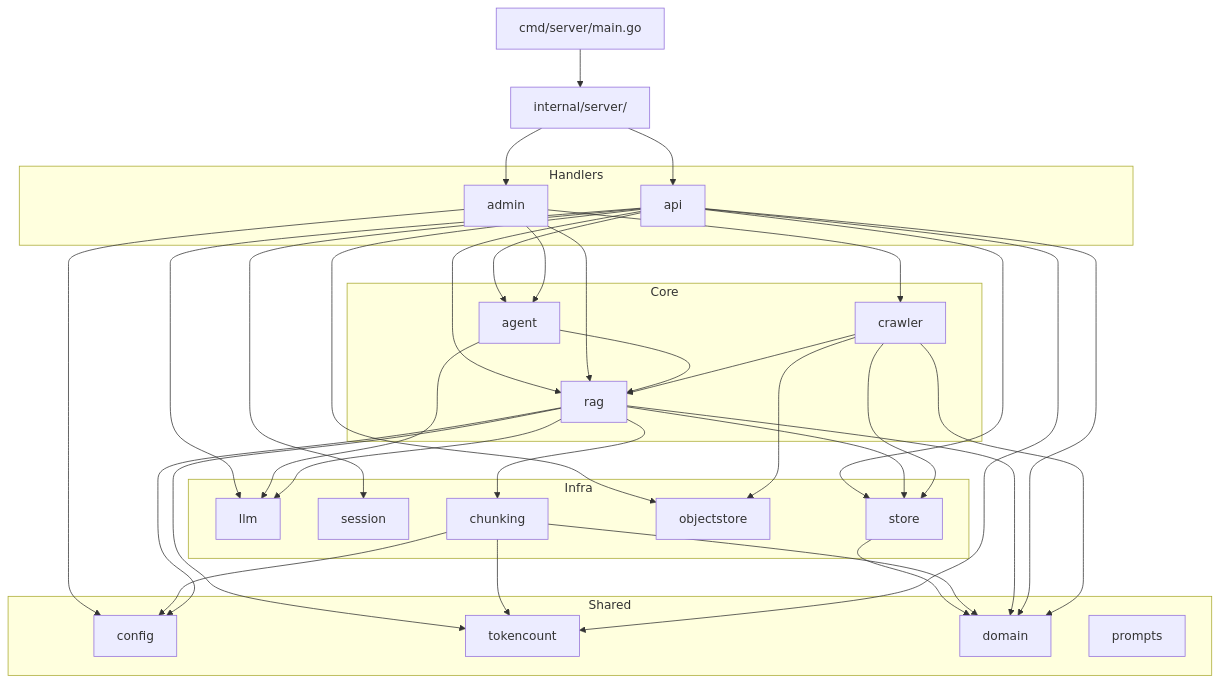
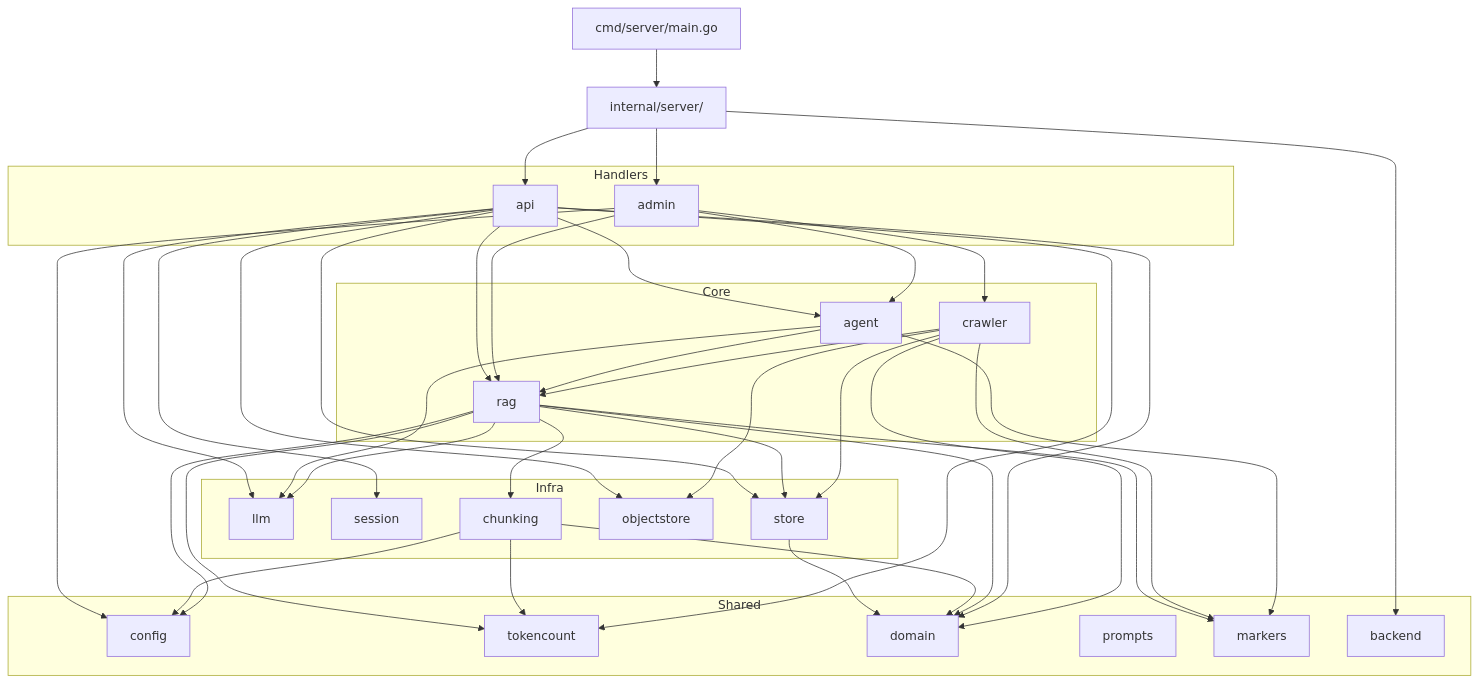
The second of 8 diagrams in docs/diagrams.md (klnstprx/etsi-rag), drawn with Mermaid before and after one commit. The commit also changed other lines of this file and 2 other files, not shown here.

````diff
--- a/docs/diagrams.md
+++ b/docs/diagrams.md
@@ -64,49 +65,53 @@
 ```mermaid
 graph TD
     main["cmd/server/main.go"]
     server["internal/server/"]
 
     main --> server
     server --> api & admin
 
     subgraph Handlers
         api
         admin
     end
 
     api --> agent & rag & llm & session & store & objectstore
     admin --> agent & crawler & rag & config
 
     subgraph Core
         agent
         rag
         crawler
     end
 
     agent --> llm & rag
     rag --> llm & store & chunking & tokencount
     crawler --> store & objectstore & rag
 
     subgraph Infra
         llm
         store
         objectstore
         session
         chunking
     end
 
     chunking --> tokencount
 
     subgraph Shared
         config
         domain
         tokencount
         prompts
+        markers
+        backend
     end
 
     store --> domain
     chunking --> config & domain
-    rag --> domain & config
+    rag --> domain & config & markers
     api --> domain & tokencount
-    crawler --> domain
+    crawler --> domain & markers
+    server --> backend
+    agent --> markers
 ```
````
